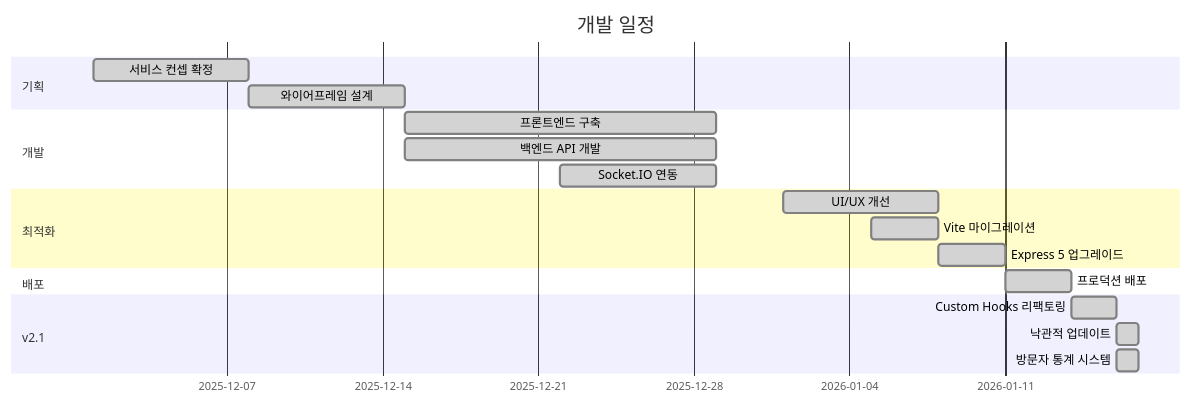
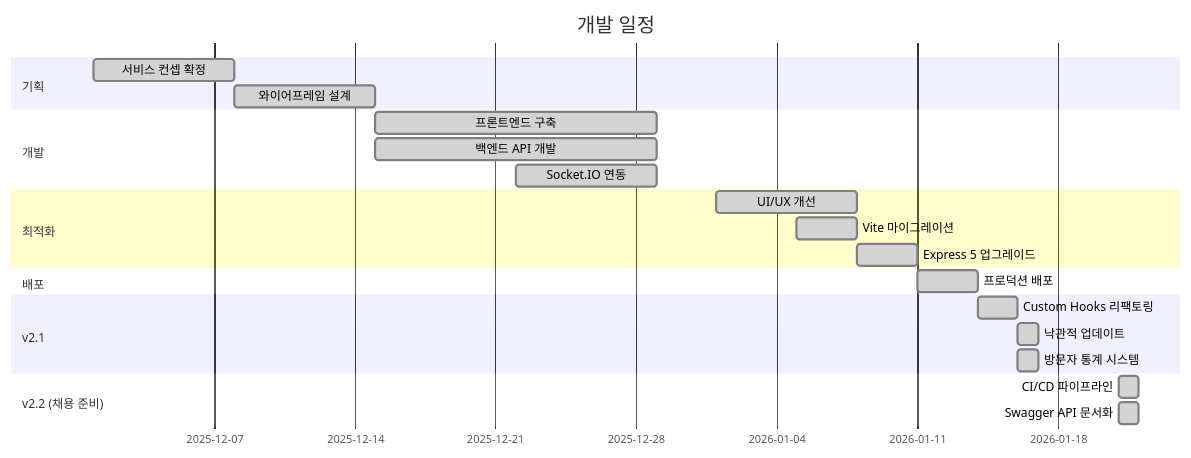
Diagram 11 of 11 in README.md (doublesilver/subway-board), drawn with Mermaid before and after one commit. The commit also changed other lines of this file and 14 other files, not shown here.

````diff
--- a/README.md
+++ b/README.md
@@ -613,22 +613,25 @@
 ```mermaid
 gantt
     title 개발 일정
     dateFormat  YYYY-MM-DD
     section 기획
     서비스 컨셉 확정     :done, 2025-12-01, 7d
     와이어프레임 설계    :done, 2025-12-08, 7d
     section 개발
     프론트엔드 구축      :done, 2025-12-15, 14d
     백엔드 API 개발      :done, 2025-12-15, 14d
     Socket.IO 연동       :done, 2025-12-22, 7d
     section 최적화
     UI/UX 개선          :done, 2026-01-01, 7d
     Vite 마이그레이션   :done, 2026-01-05, 3d
     Express 5 업그레이드 :done, 2026-01-08, 3d
     section 배포
     프로덕션 배포        :done, 2026-01-11, 3d
     section v2.1
     Custom Hooks 리팩토링 :done, 2026-01-14, 2d
     낙관적 업데이트      :done, 2026-01-16, 1d
     방문자 통계 시스템   :done, 2026-01-16, 1d
+    section v2.2 (채용 준비)
+    CI/CD 파이프라인    :done, 2026-01-21, 1d
+    Swagger API 문서화  :done, 2026-01-21, 1d
 ```
````
